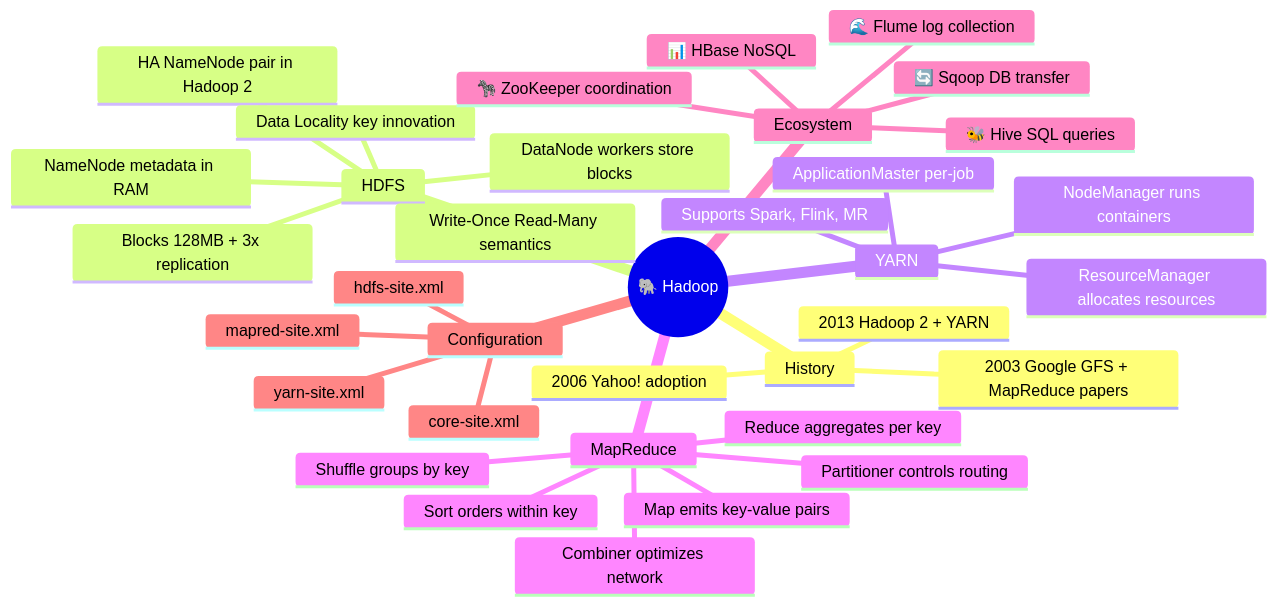
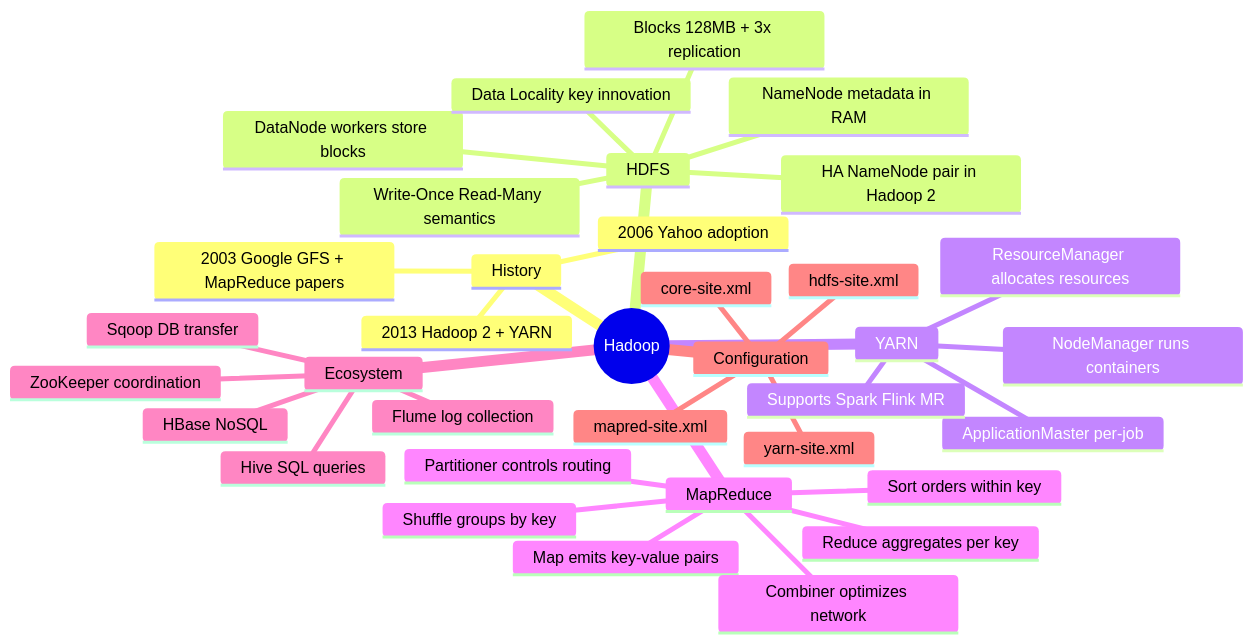
One commit to NK2552003/Big-Data-Survival-Guide changed diagram 13 of 13 in UNITS/UNIT 3/unit-3-english-fun.md. Above: the diagram before and after it, drawn with Mermaid. The commit also changed other lines of this file and 78 other files, not shown here.

````diff
--- a/UNITS/UNIT 3/unit-3-english-fun.md
+++ b/UNITS/UNIT 3/unit-3-english-fun.md
@@ -1801,38 +1797,38 @@
 ```mermaid
 mindmap
-  root((🐘 Hadoop))
+  root(( Hadoop))
     History
       2003 Google GFS + MapReduce papers
-      2006 Yahoo! adoption
+      2006 Yahoo adoption
       2013 Hadoop 2 + YARN
     HDFS
       Blocks 128MB + 3x replication
       NameNode metadata in RAM
       DataNode workers store blocks
       HA NameNode pair in Hadoop 2
       Write-Once Read-Many semantics
       Data Locality key innovation
     YARN
       ResourceManager allocates resources
       NodeManager runs containers
       ApplicationMaster per-job
-      Supports Spark, Flink, MR
+      Supports Spark Flink MR
     MapReduce
       Map emits key-value pairs
       Shuffle groups by key
       Sort orders within key
       Reduce aggregates per key
       Combiner optimizes network
       Partitioner controls routing
     Ecosystem
-      🐝 Hive SQL queries
-      📊 HBase NoSQL
-      🔄 Sqoop DB transfer
-      🌊 Flume log collection
-      🦓 ZooKeeper coordination
+      Hive SQL queries
+      HBase NoSQL
+      Sqoop DB transfer
+      Flume log collection
+      ZooKeeper coordination
     Configuration
       core-site.xml
       hdfs-site.xml
       mapred-site.xml
       yarn-site.xml
 ```
````
